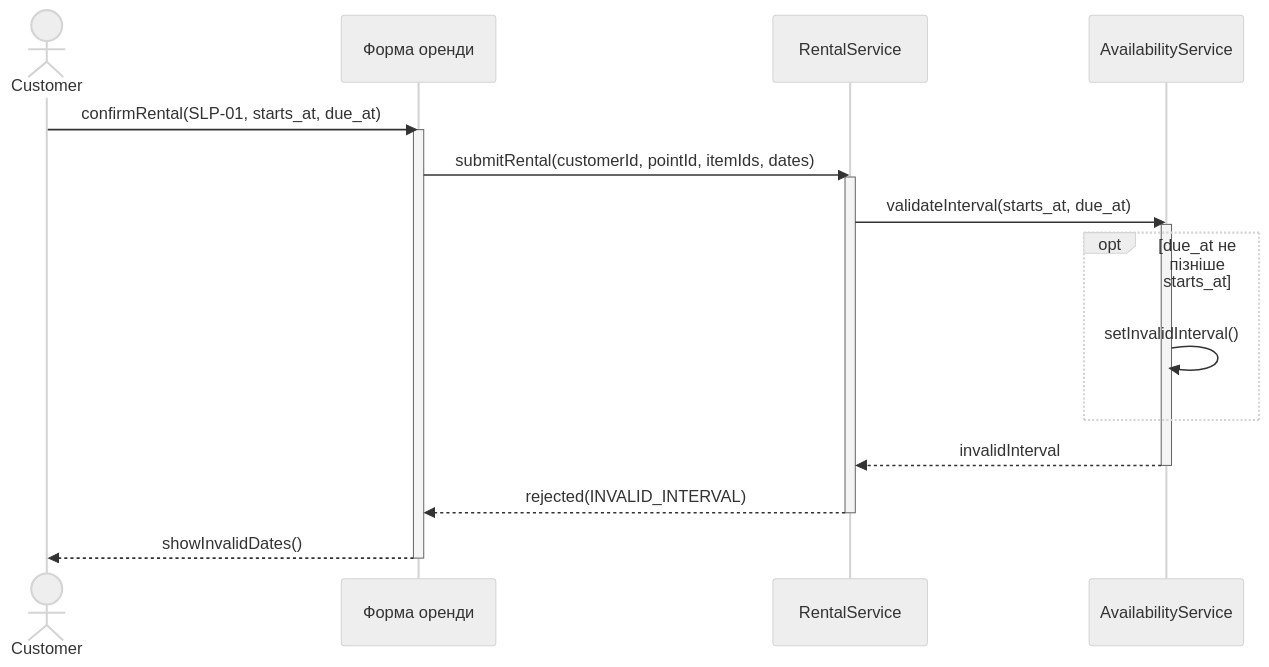
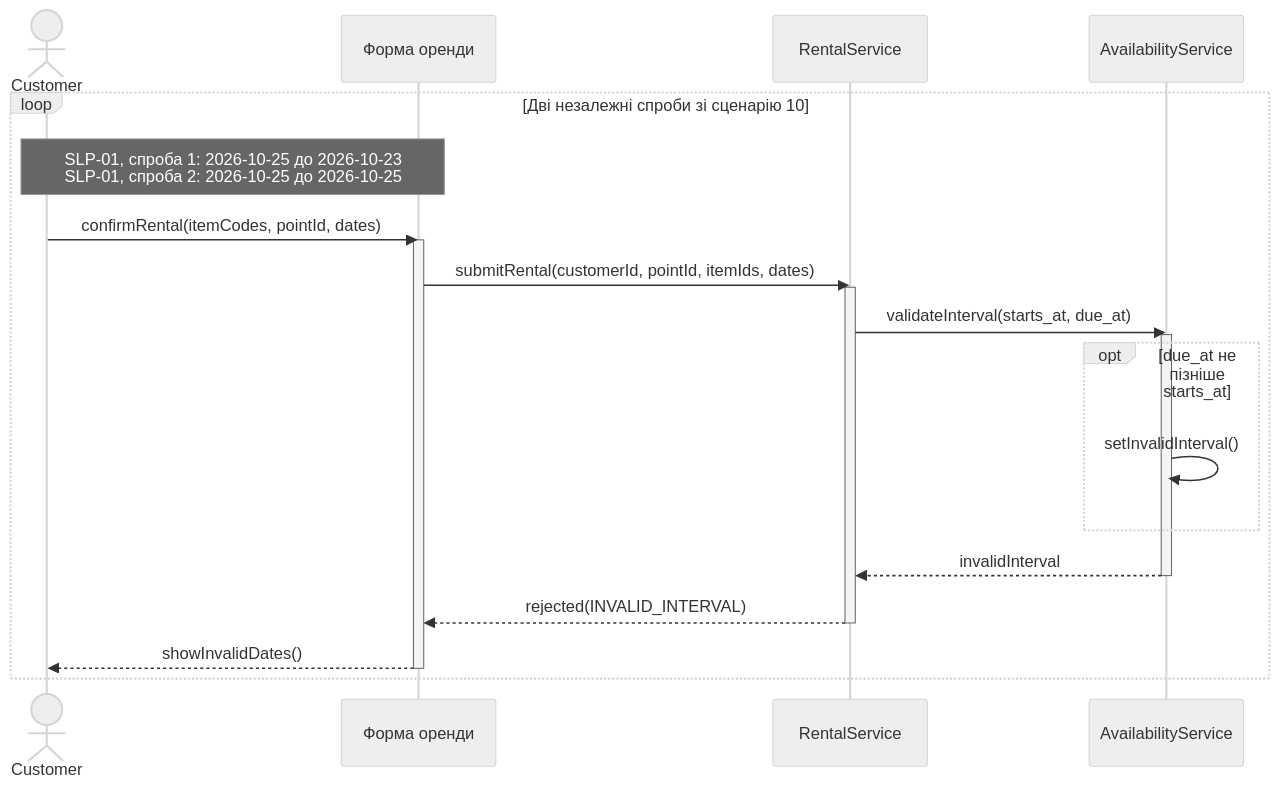
The fifth of 6 diagrams in Labs/lab-3/model.md (kirgafan/KPI_labs), drawn with Mermaid (neutral theme) before and after one commit. The commit also changed other lines of this file, not shown here.

Commit message:
refactor(lab-3): regenerate sequences from audit feedback

````diff
--- a/Labs/lab-3/model.md
+++ b/Labs/lab-3/model.md
@@ -136,22 +210,25 @@
 ```mermaid
 sequenceDiagram
     actor C as Customer
     participant U as Форма оренди
     participant R as RentalService
     participant A as AvailabilityService
-    C->>U: confirmRental(SLP-01, starts_at, due_at)
-    activate U
-    U->>R: submitRental(customerId, pointId, itemIds, dates)
-    activate R
-    R->>A: validateInterval(starts_at, due_at)
-    activate A
-    opt due_at не пізніше starts_at
-        A->>A: setInvalidInterval()
+    loop Дві незалежні спроби зі сценарію 10
+        Note over C,U: SLP-01, спроба 1: 2026-10-25 до 2026-10-23<br/>SLP-01, спроба 2: 2026-10-25 до 2026-10-25
+        C->>U: confirmRental(itemCodes, pointId, dates)
+        activate U
+        U->>R: submitRental(customerId, pointId, itemIds, dates)
+        activate R
+        R->>A: validateInterval(starts_at, due_at)
+        activate A
+        opt due_at не пізніше starts_at
+            A->>A: setInvalidInterval()
+        end
+        A-->>R: invalidInterval
+        deactivate A
+        R-->>U: rejected(INVALID_INTERVAL)
+        deactivate R
+        U-->>C: showInvalidDates()
+        deactivate U
     end
-    A-->>R: invalidInterval
-    deactivate A
-    R-->>U: rejected(INVALID_INTERVAL)
-    deactivate R
-    U-->>C: showInvalidDates()
-    deactivate U
 ```
````
